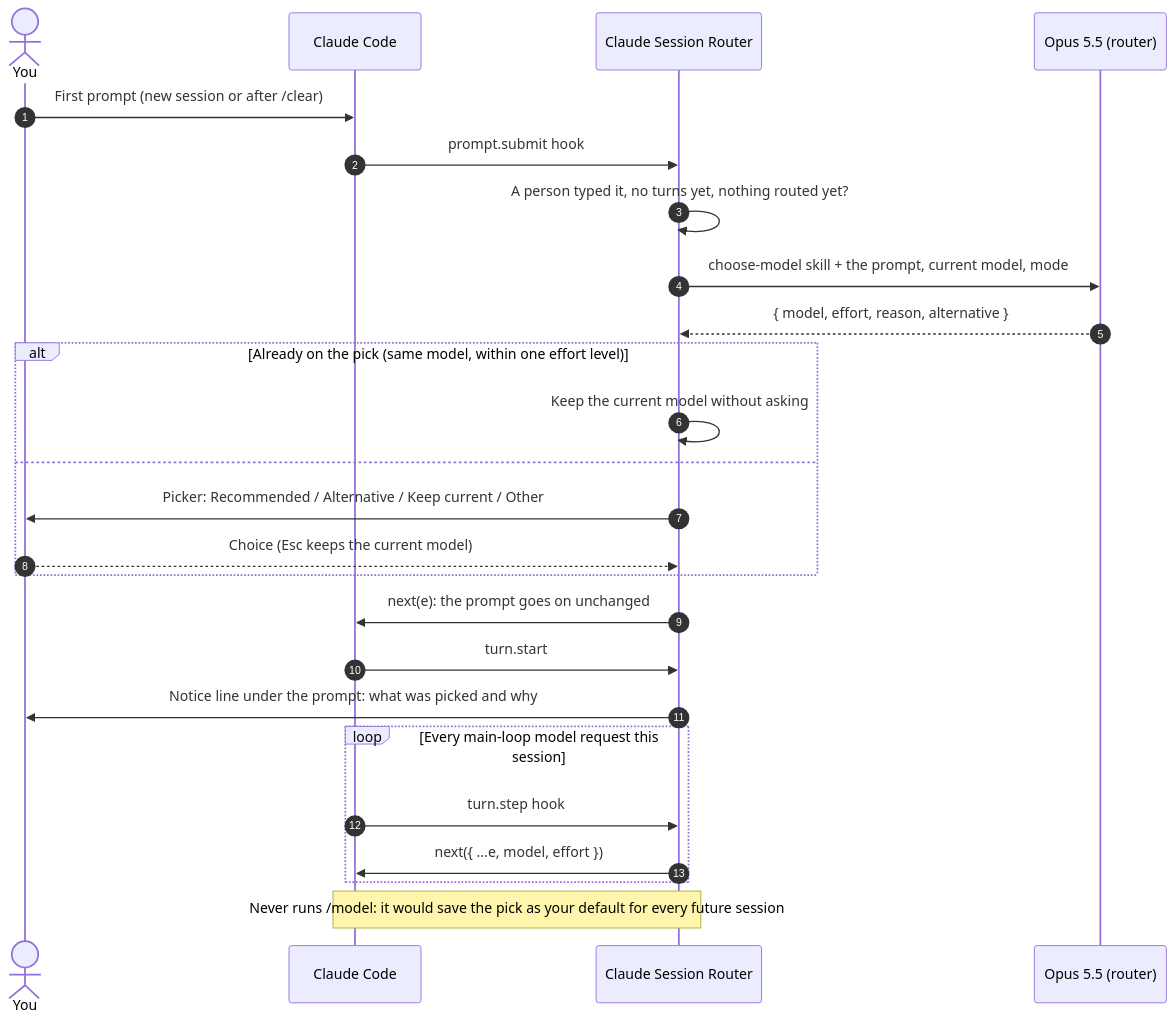
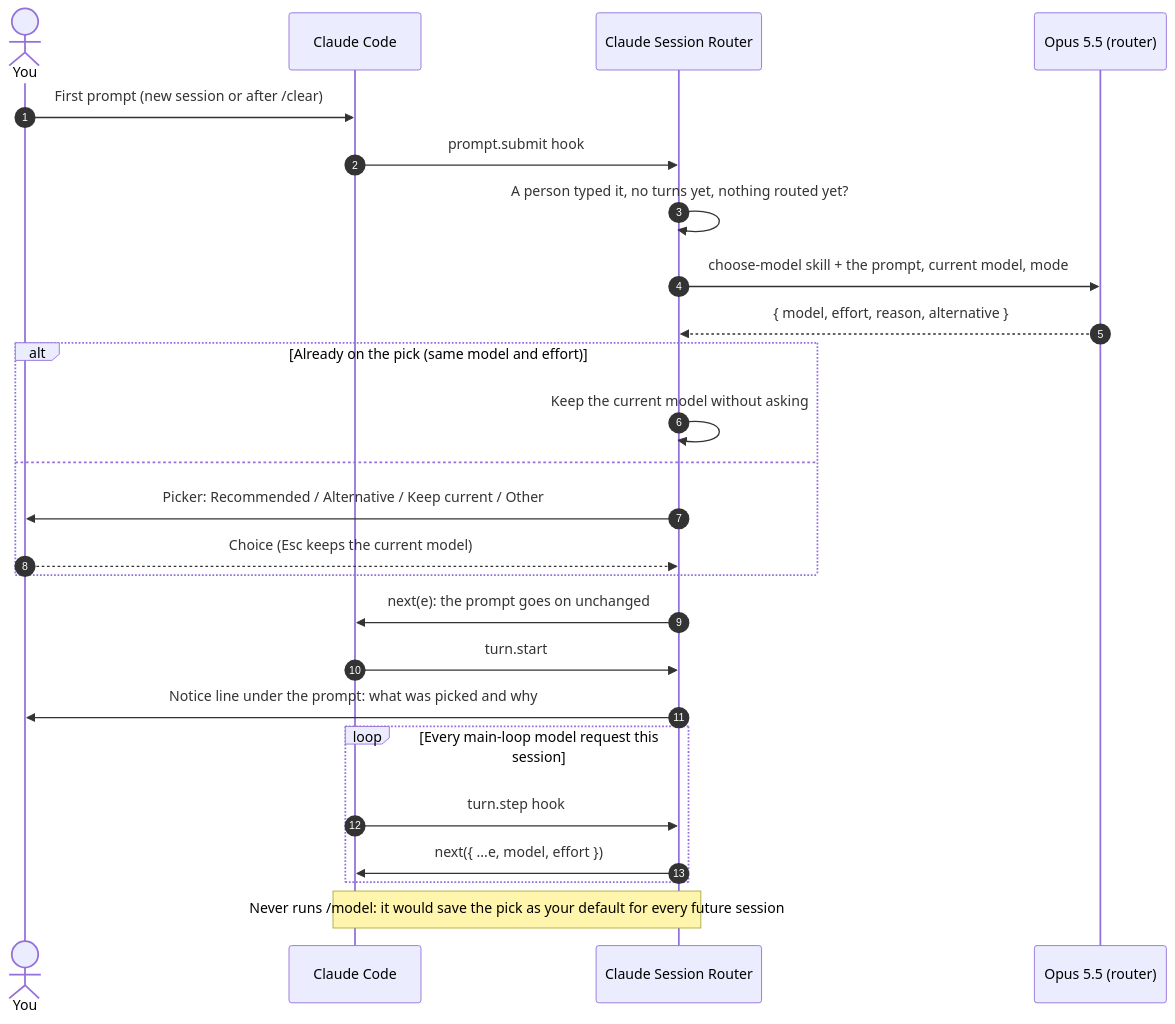
The diagram in docs/how-it-works.md (htxryan/claude-session-router), drawn with Mermaid before and after one commit. The commit also changed 5 other files, not shown here.

First line of the commit message:
askWhenClose becomes askIfSame: only an unchanged model and effort skips the picker

````diff
--- a/docs/how-it-works.md
+++ b/docs/how-it-works.md
@@ -5,27 +5,27 @@
 ```mermaid
 sequenceDiagram
     autonumber
     actor You
     participant CC as Claude Code
     participant Mod as Claude Session Router
     participant Opus as Opus 5.5 (router)
     You->>CC: First prompt (new session or after /clear)
     CC->>Mod: prompt.submit hook
     Mod->>Mod: A person typed it, no turns yet, nothing routed yet?
     Mod->>Opus: choose-model skill + the prompt, current model, mode
     Opus-->>Mod: { model, effort, reason, alternative }
-    alt Already on the pick (same model, within one effort level)
+    alt Already on the pick (same model and effort)
         Mod->>Mod: Keep the current model without asking
     else
         Mod->>You: Picker: Recommended / Alternative / Keep current / Other
         You-->>Mod: Choice (Esc keeps the current model)
     end
     Mod->>CC: next(e): the prompt goes on unchanged
     CC->>Mod: turn.start
     Mod->>You: Notice line under the prompt: what was picked and why
     loop Every main-loop model request this session
         CC->>Mod: turn.step hook
         Mod->>CC: next({ ...e, model, effort })
     end
     Note over Mod,CC: Never runs /model: it would save the pick as your default for every future session
 ```
````
